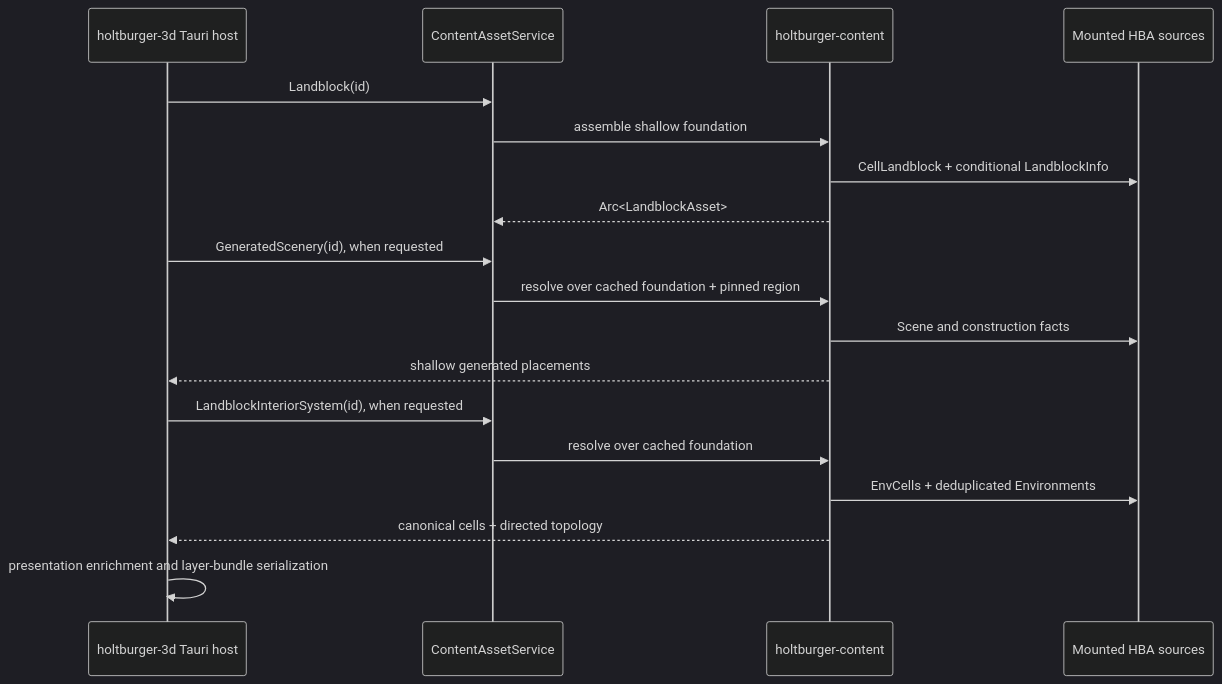
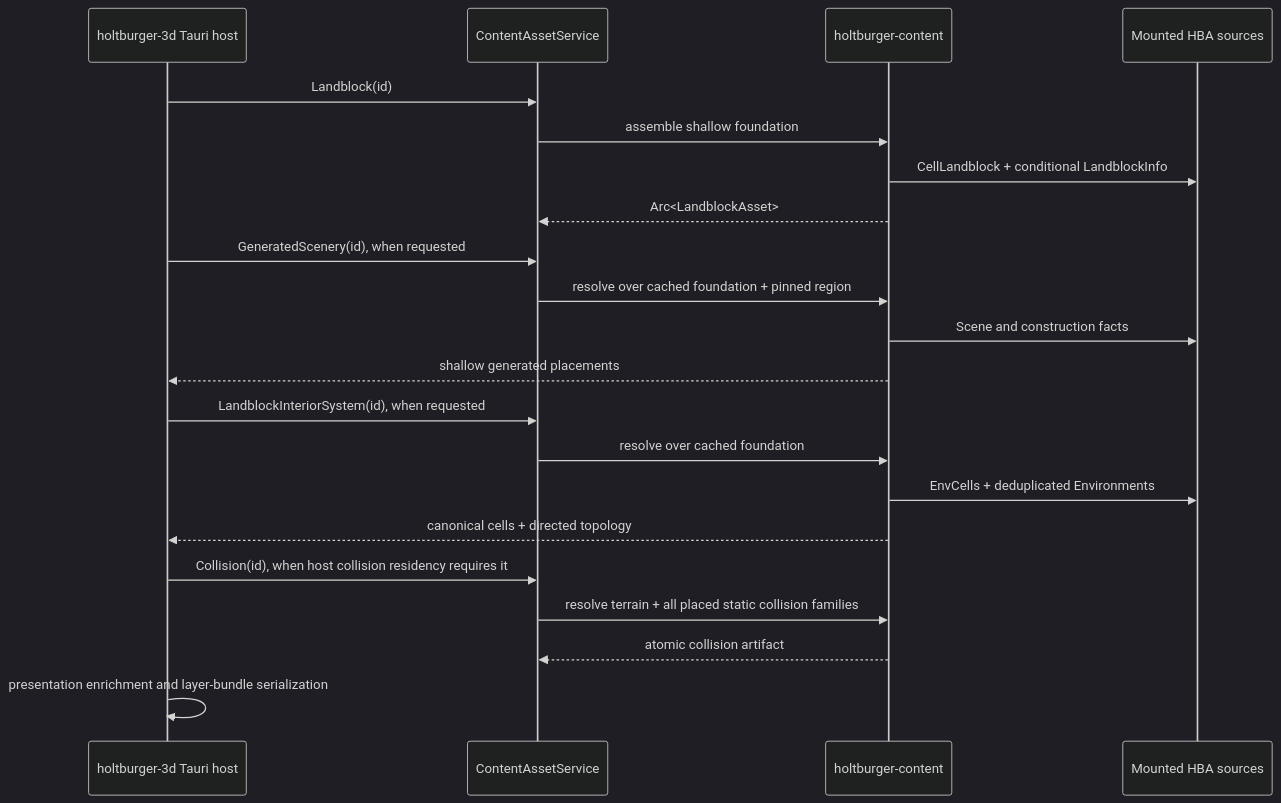
Before and after one commit to merklejerk/holtburger: the diagram in crates/holtburger-content/ARCHITECTURE.md, drawn with Mermaid (dark theme). The commit also changed other lines of this file and 49 other files, not shown here.

````diff
--- a/crates/holtburger-content/ARCHITECTURE.md
+++ b/crates/holtburger-content/ARCHITECTURE.md
@@ -96,21 +122,24 @@
 ```mermaid
 sequenceDiagram
     participant App as holtburger-3d Tauri host
     participant Core as ContentAssetService
     participant Content as holtburger-content
     participant DAT as Mounted HBA sources
 
     App->>Core: Landblock(id)
     Core->>Content: assemble shallow foundation
     Content->>DAT: CellLandblock + conditional LandblockInfo
     Content-->>Core: Arc<LandblockAsset>
     App->>Core: GeneratedScenery(id), when requested
     Core->>Content: resolve over cached foundation + pinned region
     Content->>DAT: Scene and construction facts
     Content-->>App: shallow generated placements
     App->>Core: LandblockInteriorSystem(id), when requested
     Core->>Content: resolve over cached foundation
     Content->>DAT: EnvCells + deduplicated Environments
     Content-->>App: canonical cells + directed topology
+    App->>Core: Collision(id), when host collision residency requires it
+    Core->>Content: resolve terrain + all placed static collision families
+    Content-->>Core: atomic collision artifact
     App->>App: presentation enrichment and layer-bundle serialization
 ```
````
